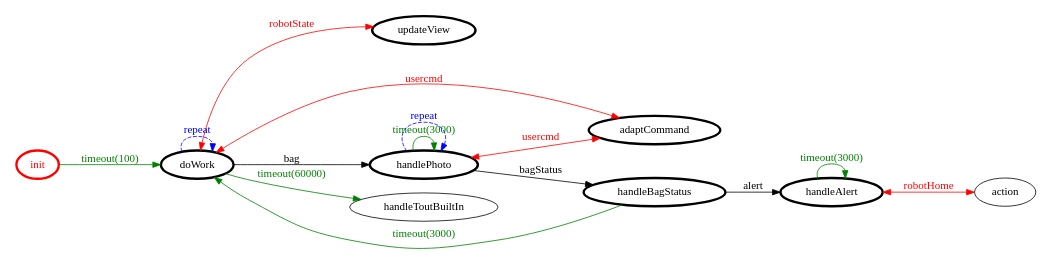
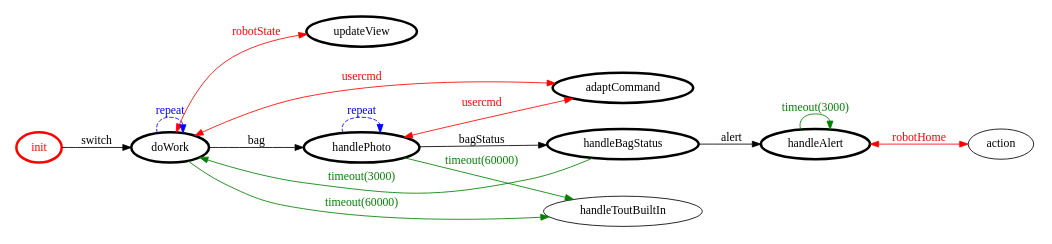
Before and after one commit to NiccoMlt/ISS-2018-Final-Task: the diagram in project/srcMore/it/unibo/console/console.gv, drawn with Graphviz. The commit also changed 9 other files, not shown here.

```diff
--- a/project/srcMore/it/unibo/console/console.gv
+++ b/project/srcMore/it/unibo/console/console.gv
@@ -1,34 +1,34 @@
 /*
 *
 * A GraphViz DOT FSM description 
 * Please use a GraphViz visualizer (like http://www.webgraphviz.com)
 *  
 */
 
 digraph finite_state_machine {
 	rankdir=LR
 	size="8,5"
 	
 	init [ color = red ][ fontcolor = red ][ penwidth = 3 ]
 	updateView [ color = black ][ fontcolor = black ][ penwidth = 3 ]
 	doWork [ color = black ][ fontcolor = black ][ penwidth = 3 ]
 	handlePhoto [ color = black ][ fontcolor = black ][ penwidth = 3 ]
 	adaptCommand [ color = black ][ fontcolor = black ][ penwidth = 3 ]
 	handleBagStatus [ color = black ][ fontcolor = black ][ penwidth = 3 ]
 	handleAlert [ color = black ][ fontcolor = black ][ penwidth = 3 ]
 	
-	handlePhoto -> handlePhoto [ label = "timeout(3000)" ][ color = green ][ fontcolor = green ]
-	init -> doWork [ label = "timeout(100)" ][ color = green ][ fontcolor = green ]
 	doWork -> handlePhoto [ label = "bag" ][ color = black ][ fontcolor = black ]
 	doWork -> handleToutBuiltIn [ label = "timeout(60000)" ][ color = green ][ fontcolor = green ]
 	handlePhoto -> adaptCommand [ label = "usercmd" ][ color = red ][ fontcolor = red ][ dir = both ]
+	handlePhoto -> handleToutBuiltIn [ label = "timeout(60000)" ][ color = green ][ fontcolor = green ]
 	doWork -> updateView [ label = "robotState" ][ color = red ][ fontcolor = red ][ dir = both ]
 	doWork -> doWork [ label = "repeat "][ style = dashed ][ color = blue ][ fontcolor = blue ]
 	handleBagStatus -> handleAlert [ label = "alert" ][ color = black ][ fontcolor = black ]
 	handleAlert -> action [ label = "robotHome" ][ color = red ][ fontcolor = red ][ dir = both ]
 	doWork -> adaptCommand [ label = "usercmd" ][ color = red ][ fontcolor = red ][ dir = both ]
 	handleAlert -> handleAlert [ label = "timeout(3000)" ][ color = green ][ fontcolor = green ]
+	init -> doWork [ label = "switch" ][ color = black ][ fontcolor = black ]
 	handlePhoto -> handleBagStatus [ label = "bagStatus" ][ color = black ][ fontcolor = black ]
 	handleBagStatus -> doWork [ label = "timeout(3000)" ][ color = green ][ fontcolor = green ]
 	handlePhoto -> handlePhoto [ label = "repeat "][ style = dashed ][ color = blue ][ fontcolor = blue ]
 }
```
